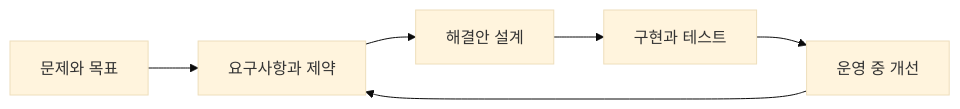
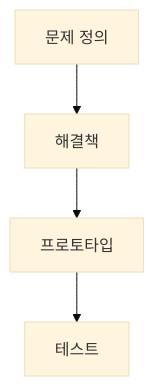
One commit to umyunsang/edu changed the diagram in ComputerScience/03_ai-ml-data/ai-system-design/notes/01. 공학설계와 AI 시스템 설계.md. Above: the diagram before and after it, drawn with Mermaid (base theme). The commit also changed other lines of this file and 4 other files, not shown here.

````diff
--- a/ComputerScience/03_ai-ml-data/ai-system-design/notes/01. 공학설계와 AI 시스템 설계.md
+++ b/ComputerScience/03_ai-ml-data/ai-system-design/notes/01. 공학설계와 AI 시스템 설계.md
@@ -22,8 +26,6 @@
 ```mermaid
-flowchart LR
-    A["문제와 목표"] --> B["요구사항과 제약"]
-    B --> C["해결안 설계"]
-    C --> D["구현과 테스트"]
-    D --> E["운영 중 개선"]
-    E --> B
+flowchart TB
+    A[문제 정의] --> B[해결책]
+    B --> C[프로토타입]
+    C --> D[테스트]
 ```
````
